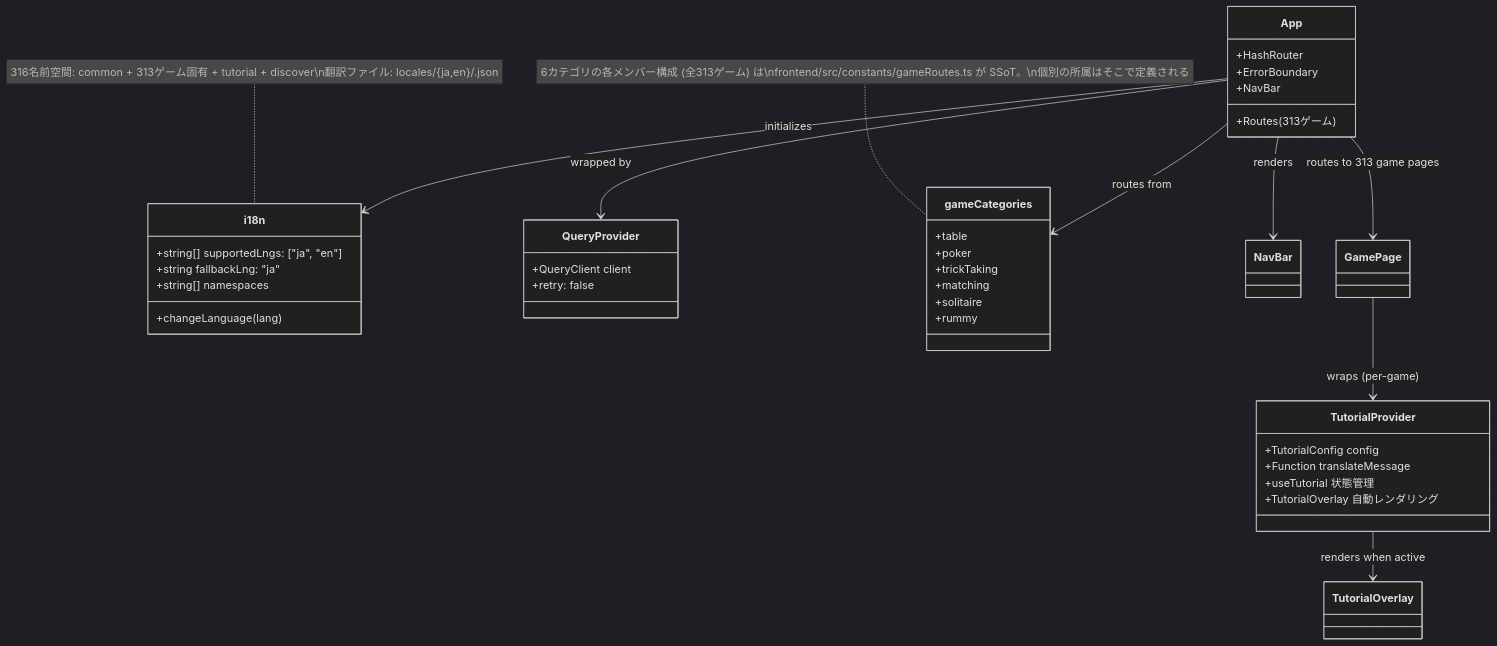
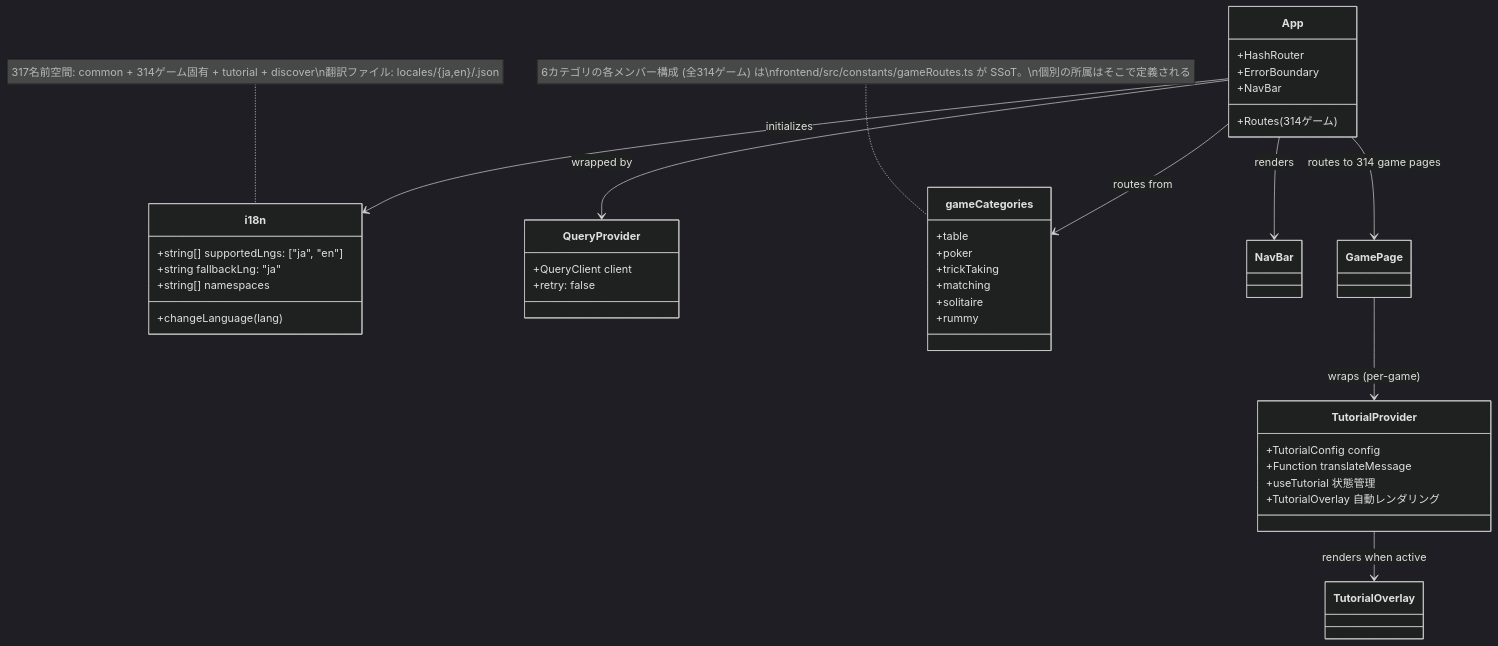
The ninth of 49 diagrams in docs/design/frontend.md (yuta-yoshinaga/go_trumpcards), drawn with Mermaid (dark theme) before and after one commit. The commit also changed other lines of this file and 63 other files, not shown here.

````diff
--- a/docs/design/frontend.md
+++ b/docs/design/frontend.md
@@ -1869,48 +1869,48 @@
 ```mermaid
 classDiagram
     class i18n {
         +string[] supportedLngs: ["ja", "en"]
         +string fallbackLng: "ja"
         +string[] namespaces
         +changeLanguage(lang)
     }
 
     class QueryProvider {
         +QueryClient client
         +retry: false
     }
 
     class App {
         +HashRouter
         +ErrorBoundary
         +NavBar
-        +Routes (313ゲーム)
+        +Routes (314ゲーム)
     }
 
     class gameCategories {
         +table
         +poker
         +trickTaking
         +matching
         +solitaire
         +rummy
     }
-    note for gameCategories "6カテゴリの各メンバー構成 (全313ゲーム) は\nfrontend/src/constants/gameRoutes.ts が SSoT。\n個別の所属はそこで定義される"
+    note for gameCategories "6カテゴリの各メンバー構成 (全314ゲーム) は\nfrontend/src/constants/gameRoutes.ts が SSoT。\n個別の所属はそこで定義される"
 
     class TutorialProvider {
         +TutorialConfig config
         +Function translateMessage
         +useTutorial 状態管理
         +TutorialOverlay 自動レンダリング
     }
 
     App --> QueryProvider : wrapped by
     App --> i18n : initializes
     App --> gameCategories : routes from
     App --> NavBar : renders
-    App --> GamePage : routes to 313 game pages
+    App --> GamePage : routes to 314 game pages
     GamePage --> TutorialProvider : wraps (per-game)
     TutorialProvider --> TutorialOverlay : renders when active
 
-    note for i18n "316名前空間: common + 313ゲーム固有 + tutorial + discover\n翻訳ファイル: locales/{ja,en}/<game>.json"
+    note for i18n "317名前空間: common + 314ゲーム固有 + tutorial + discover\n翻訳ファイル: locales/{ja,en}/<game>.json"
 ```
````
